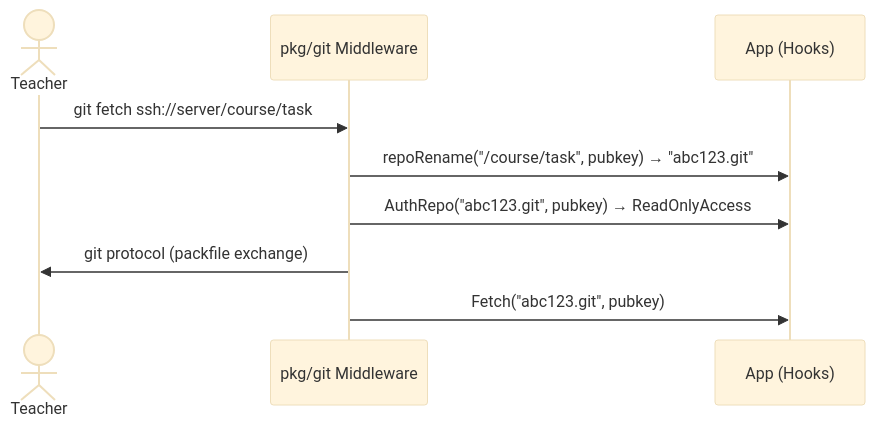
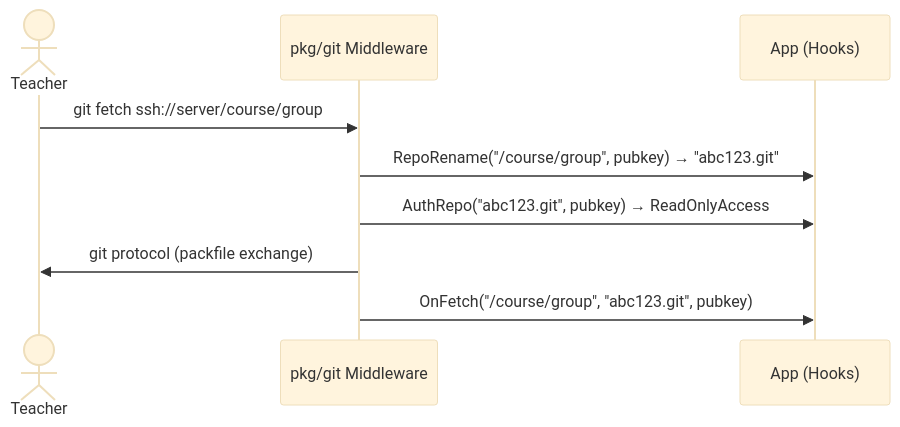
The second of 2 diagrams in pkg/git/README.md (dsc-sgu/mm-backend), drawn with Mermaid (base theme) before and after one commit. The commit also changed other lines of this file and 17 other files, not shown here.

````diff
--- a/pkg/git/README.md
+++ b/pkg/git/README.md
@@ -32,12 +32,12 @@
 ```mermaid
 sequenceDiagram
     actor Teacher
     participant Middleware as pkg/git Middleware
     participant Hooks as App (Hooks)
 
-    Teacher->>Middleware: git fetch ssh://server/course/task
-    Middleware->>Hooks: repoRename("/course/task", pubkey) → "abc123.git"
+    Teacher->>Middleware: git fetch ssh://server/course/group
+    Middleware->>Hooks: RepoRename("/course/group", pubkey) → "abc123.git"
     Middleware->>Hooks: AuthRepo("abc123.git", pubkey) → ReadOnlyAccess
     Middleware->>Teacher: git protocol (packfile exchange)
-    Middleware->>Hooks: Fetch("abc123.git", pubkey)
+    Middleware->>Hooks: OnFetch("/course/group", "abc123.git", pubkey)
 ```
````
